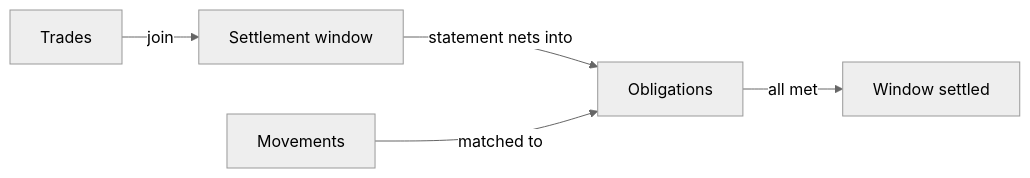
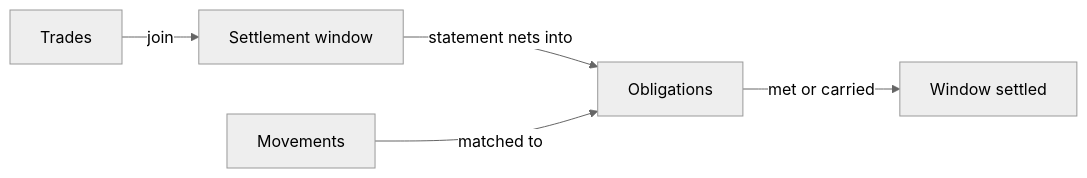
One commit to TetraFi/docs changed the diagram in trade/settlement-and-credit.mdx. Above: the diagram before and after it, drawn with Mermaid (neutral theme). The commit also changed other lines of this file and 17 other files, not shown here.

Commit message:
docs: review fixes: an order in progress or with an unknown outcome may have been sent; webhook timestamps checked both ways; filled can be terminal; settlement chart names its other paths; quotes cover eligible venues; exact field paths; the strip says a credential is still needed

````diff
--- a/trade/settlement-and-credit.mdx
+++ b/trade/settlement-and-credit.mdx
@@ -26,7 +26,7 @@
 ```mermaid
 flowchart LR
   T[Trades] -->|join| W[Settlement window]
   W -->|statement nets into| O[Obligations]
   M[Movements] -->|matched to| O
-  O -->|all met| S[Window settled]
+  O -->|met or carried| S[Window settled]
 ```
````
